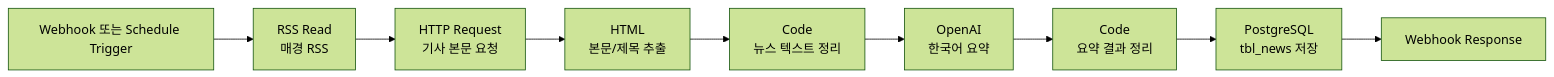
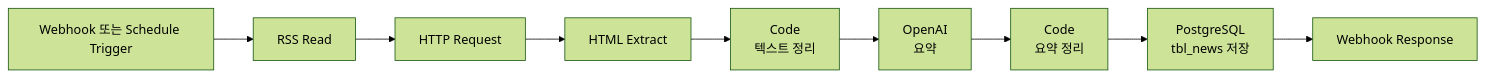
One commit to tomatosugarpickled/announcement-_ai changed the fourth of 5 diagrams in README.md. Above: the diagram before and after it, drawn with Mermaid (forest theme). The commit also changed other lines of this file, not shown here.

````diff
--- a/README.md
+++ b/README.md
@@ -352,11 +359,11 @@
 ```mermaid
 flowchart LR
-    A["Webhook 또는 Schedule Trigger"] --> B["RSS Read<br/>매경 RSS"]
-    B --> C["HTTP Request<br/>기사 본문 요청"]
-    C --> D["HTML<br/>본문/제목 추출"]
-    D --> E["Code<br/>뉴스 텍스트 정리"]
-    E --> F["OpenAI<br/>한국어 요약"]
-    F --> G["Code<br/>요약 결과 정리"]
+    A["Webhook 또는 Schedule Trigger"] --> B["RSS Read"]
+    B --> C["HTTP Request"]
+    C --> D["HTML Extract"]
+    D --> E["Code<br/>텍스트 정리"]
+    E --> F["OpenAI<br/>요약"]
+    F --> G["Code<br/>요약 정리"]
     G --> H["PostgreSQL<br/>tbl_news 저장"]
     H --> I["Webhook Response"]
 ```
````
